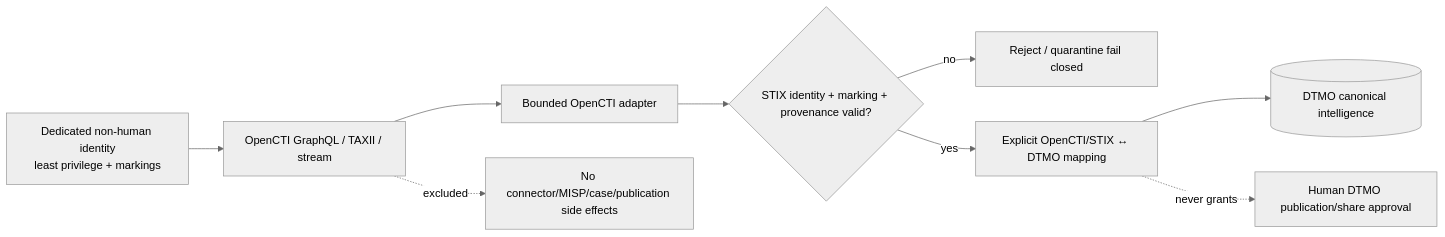
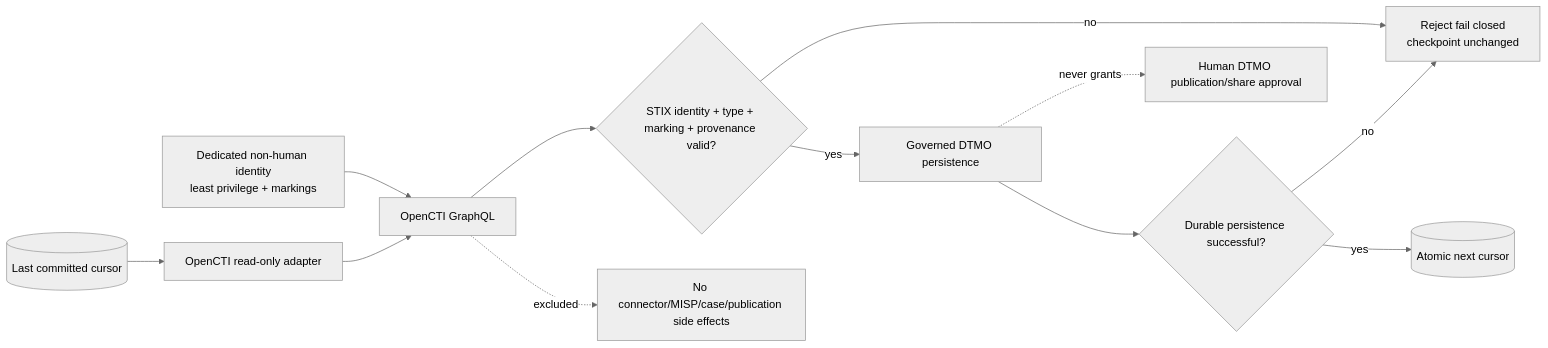
One commit to GJvManen/dtmo changed the diagram in docs/README.md. Above: the diagram before and after it, drawn with Mermaid (neutral theme). The commit also changed other lines of this file, not shown here.

Commit message:
Phase 11.4: update documentation portal for OpenCTI adapter

````diff
--- a/docs/README.md
+++ b/docs/README.md
@@ -56,11 +57,14 @@
 ```mermaid
 flowchart LR
-    O[OpenCTI GraphQL / TAXII / stream] --> A[Bounded OpenCTI adapter]
-    I[Dedicated non-human identity\nleast privilege + markings] --> O
-    A --> V{STIX identity + marking + provenance valid?}
-    V -->|no| X[Reject / quarantine fail closed]
-    V -->|yes| M[Explicit OpenCTI/STIX ↔ DTMO mapping]
-    M --> D[(DTMO canonical intelligence)]
-    M -. never grants .-> S[Human DTMO publication/share approval]
-    O -. excluded .-> N[No connector/MISP/case/publication side effects]
+    C[(Last committed cursor)] --> A[OpenCTI read-only adapter]
+    I[Dedicated non-human identity\nleast privilege + markings] --> O[OpenCTI GraphQL]
+    A --> O
+    O --> V{STIX identity + type + marking + provenance valid?}
+    V -->|no| X[Reject fail closed\ncheckpoint unchanged]
+    V -->|yes| P[Governed DTMO persistence]
+    P --> K{Durable persistence successful?}
+    K -->|no| X
+    K -->|yes| N[(Atomic next cursor)]
+    P -. never grants .-> S[Human DTMO publication/share approval]
+    O -. excluded .-> E[No connector/MISP/case/publication side effects]
 ```
````
